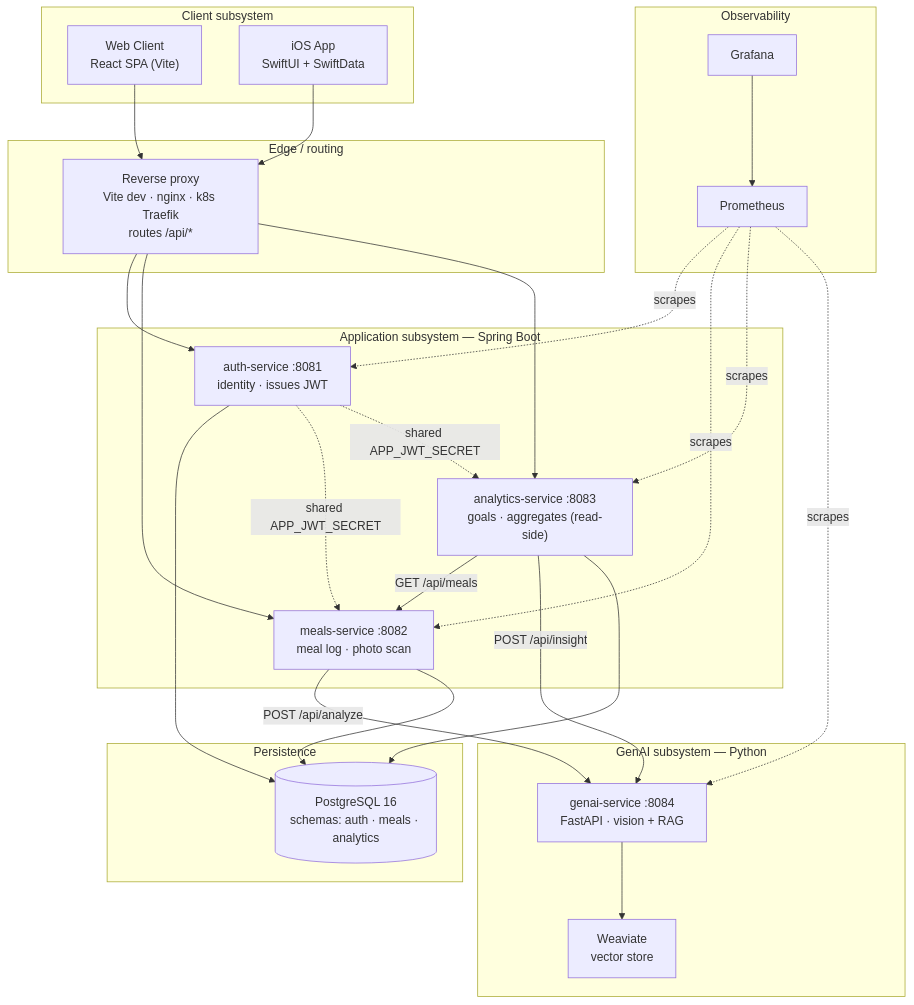
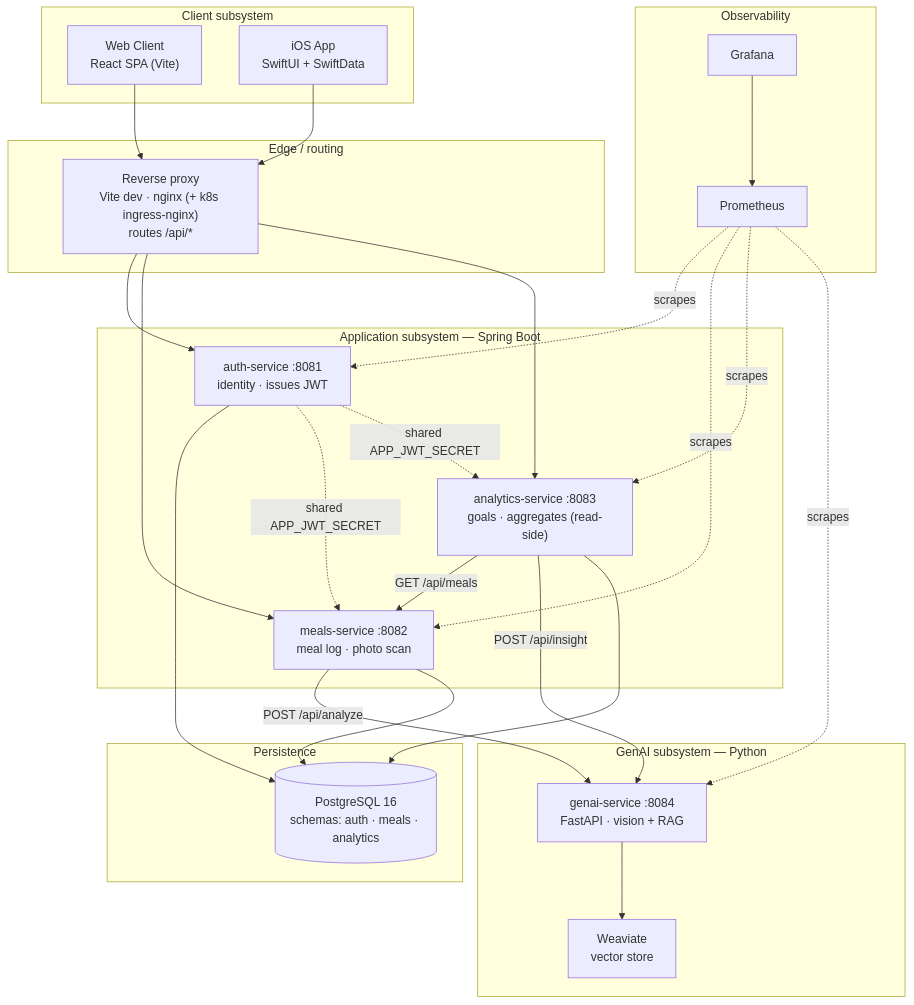
One commit to AET-DevOps26/team-password123 changed the diagram in docs/System Architecture.md. Above: the diagram before and after it, drawn with Mermaid. The commit also changed other lines of this file and 9 other files, not shown here.

First line of the commit message:
Drop in-namespace Traefik; add ingress-nginx canary A/B testing

````diff
--- a/docs/System Architecture.md
+++ b/docs/System Architecture.md
@@ -18,55 +18,55 @@
 ```mermaid
 flowchart TB
     subgraph Client["Client subsystem"]
         Web["Web Client<br/>React SPA (Vite)"]
         iOS["iOS App<br/>SwiftUI + SwiftData"]
     end
 
     subgraph Edge["Edge / routing"]
-        Proxy["Reverse proxy<br/>Vite dev · nginx · k8s Traefik<br/>routes /api/*"]
+        Proxy["Reverse proxy<br/>Vite dev · nginx (+ k8s ingress-nginx)<br/>routes /api/*"]
     end
 
     subgraph App["Application subsystem — Spring Boot"]
         Auth["auth-service :8081<br/>identity · issues JWT"]
         Meals["meals-service :8082<br/>meal log · photo scan"]
         Analytics["analytics-service :8083<br/>goals · aggregates (read-side)"]
     end
 
     subgraph GenAI["GenAI subsystem — Python"]
         Genai["genai-service :8084<br/>FastAPI · vision + RAG"]
         Weaviate["Weaviate<br/>vector store"]
     end
 
     subgraph Data["Persistence"]
         PG[("PostgreSQL 16<br/>schemas: auth · meals · analytics")]
     end
 
     subgraph Obs["Observability"]
         Prom["Prometheus"]
         Graf["Grafana"]
     end
 
     Web --> Proxy
     iOS --> Proxy
     Proxy --> Auth
     Proxy --> Meals
     Proxy --> Analytics
 
     Meals -->|POST /api/analyze| Genai
     Analytics -->|GET /api/meals| Meals
     Analytics -->|POST /api/insight| Genai
     Genai --> Weaviate
 
     Auth --> PG
     Meals --> PG
     Analytics --> PG
 
     Prom -. scrapes .-> Auth
     Prom -. scrapes .-> Meals
     Prom -. scrapes .-> Analytics
     Prom -. scrapes .-> Genai
     Graf --> Prom
 
     Auth -. shared APP_JWT_SECRET .-> Meals
     Auth -. shared APP_JWT_SECRET .-> Analytics
 ```
````
